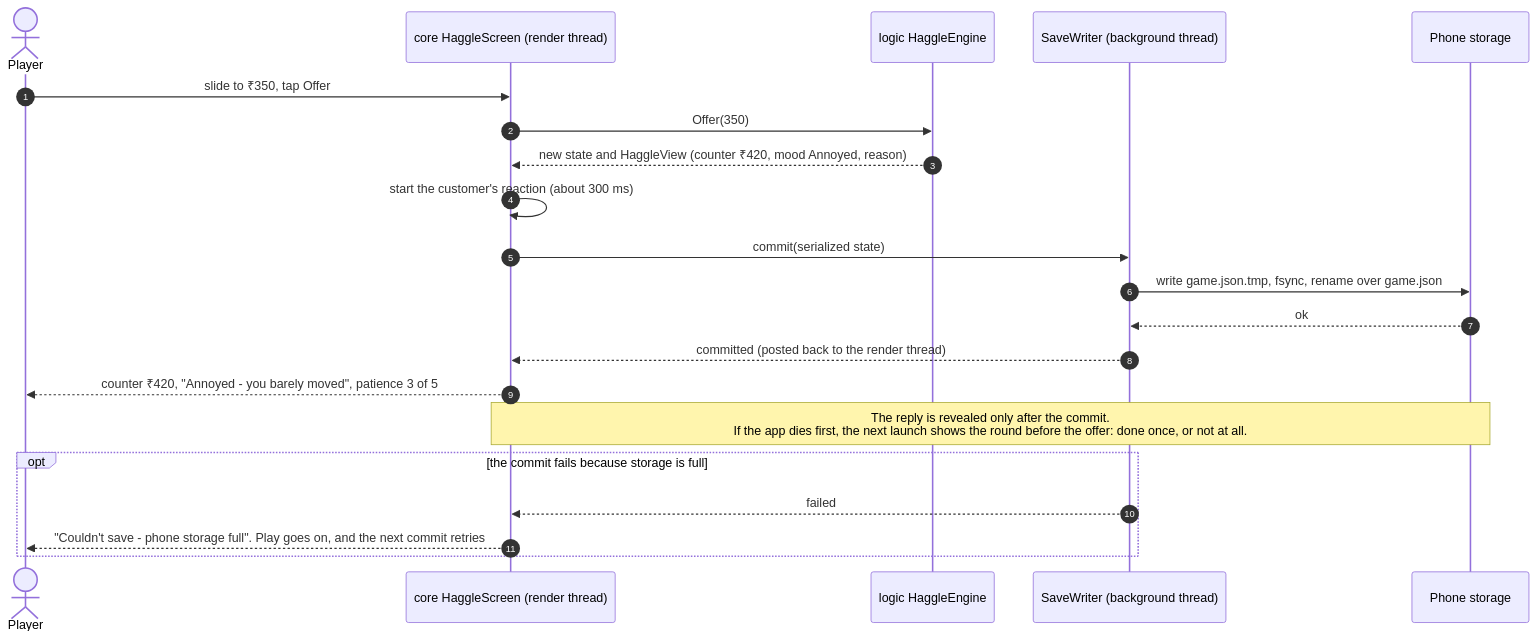
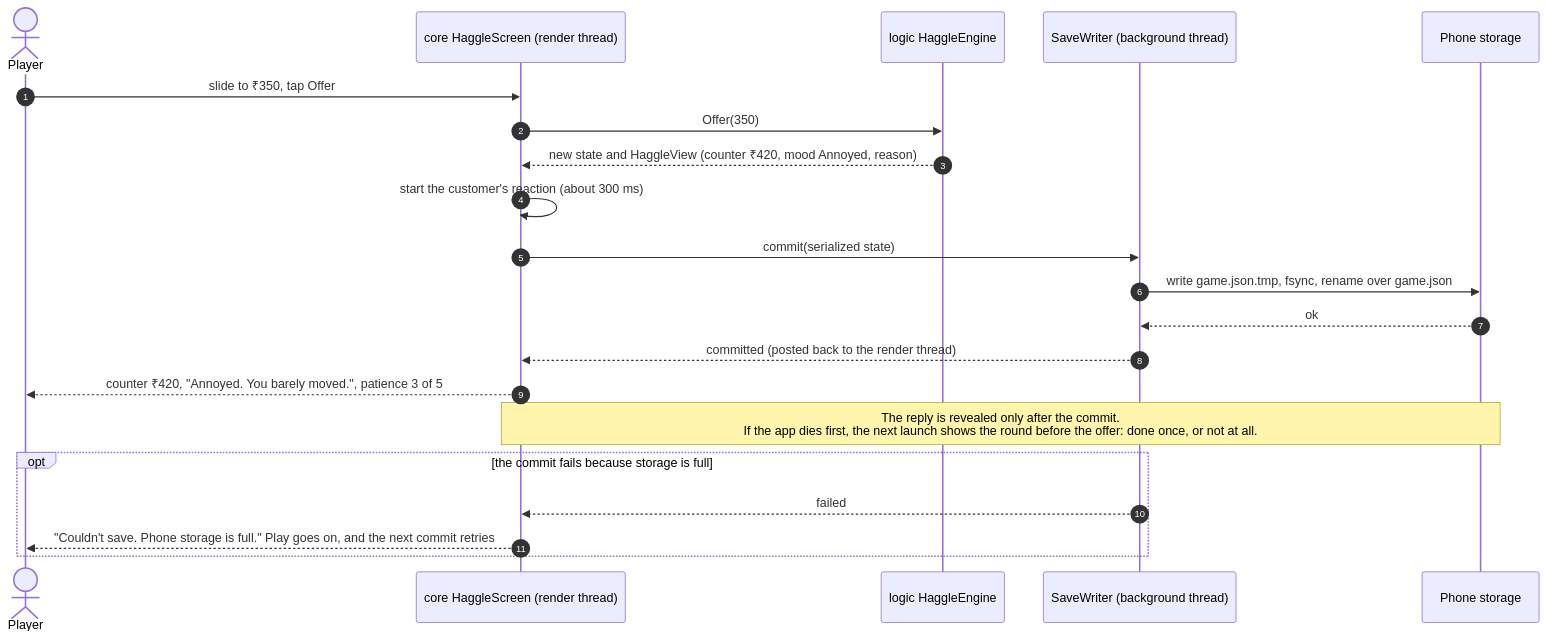
The second of 4 diagrams in docs/TRD.md (rameshkumark24/Bazaar-Boss-Haggle-Tycoon), drawn with Mermaid before and after one commit. The commit also changed other lines of this file and 10 other files, not shown here.

````diff
--- a/docs/TRD.md
+++ b/docs/TRD.md
@@ -310,23 +310,23 @@
 ```mermaid
 sequenceDiagram
   autonumber
   actor P as Player
   participant UI as core HaggleScreen (render thread)
   participant L as logic HaggleEngine
   participant W as SaveWriter (background thread)
   participant F as Phone storage
   P->>UI: slide to ₹350, tap Offer
   UI->>L: Offer(350)
   L-->>UI: new state and HaggleView (counter ₹420, mood Annoyed, reason)
   UI->>UI: start the customer's reaction (about 300 ms)
   UI->>W: commit(serialized state)
   W->>F: write game.json.tmp, fsync, rename over game.json
   F-->>W: ok
   W-->>UI: committed (posted back to the render thread)
-  UI-->>P: counter ₹420, "Annoyed - you barely moved", patience 3 of 5
+  UI-->>P: counter ₹420, "Annoyed. You barely moved.", patience 3 of 5
   Note over UI,F: The reply is revealed only after the commit.<br/>If the app dies first, the next launch shows the round before the offer: done once, or not at all.
   opt the commit fails because storage is full
     W-->>UI: failed
-    UI-->>P: "Couldn't save - phone storage full". Play goes on, and the next commit retries
+    UI-->>P: "Couldn't save. Phone storage is full." Play goes on, and the next commit retries
   end
 ```
````
